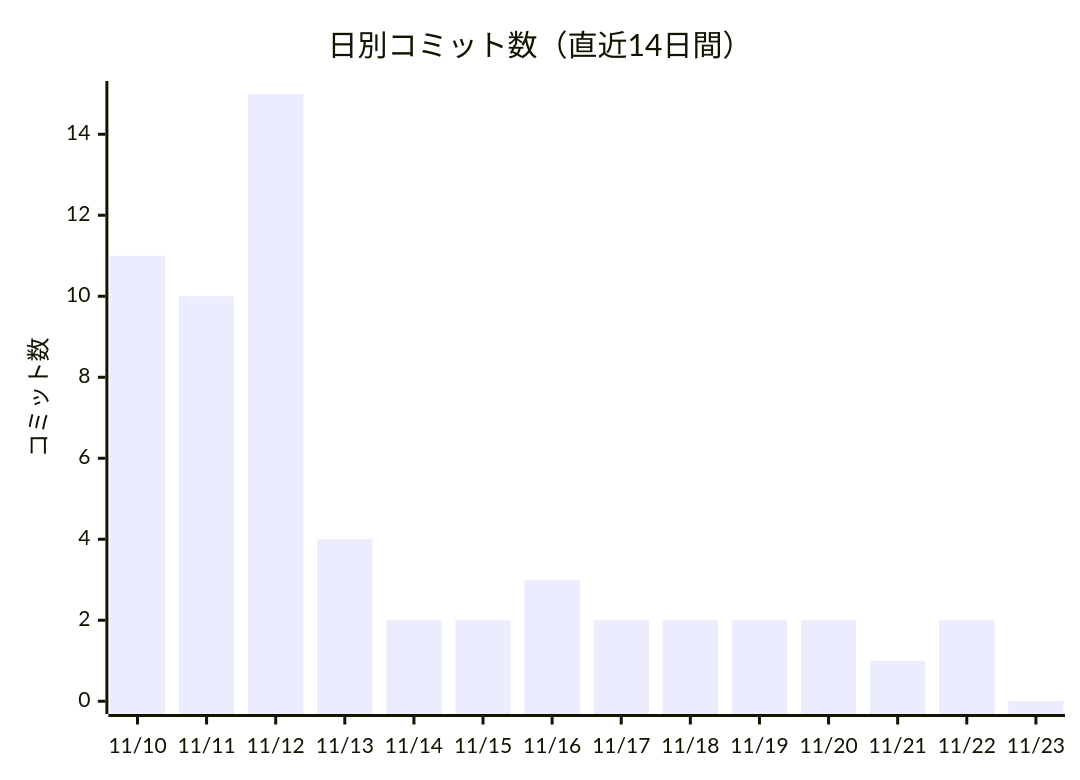
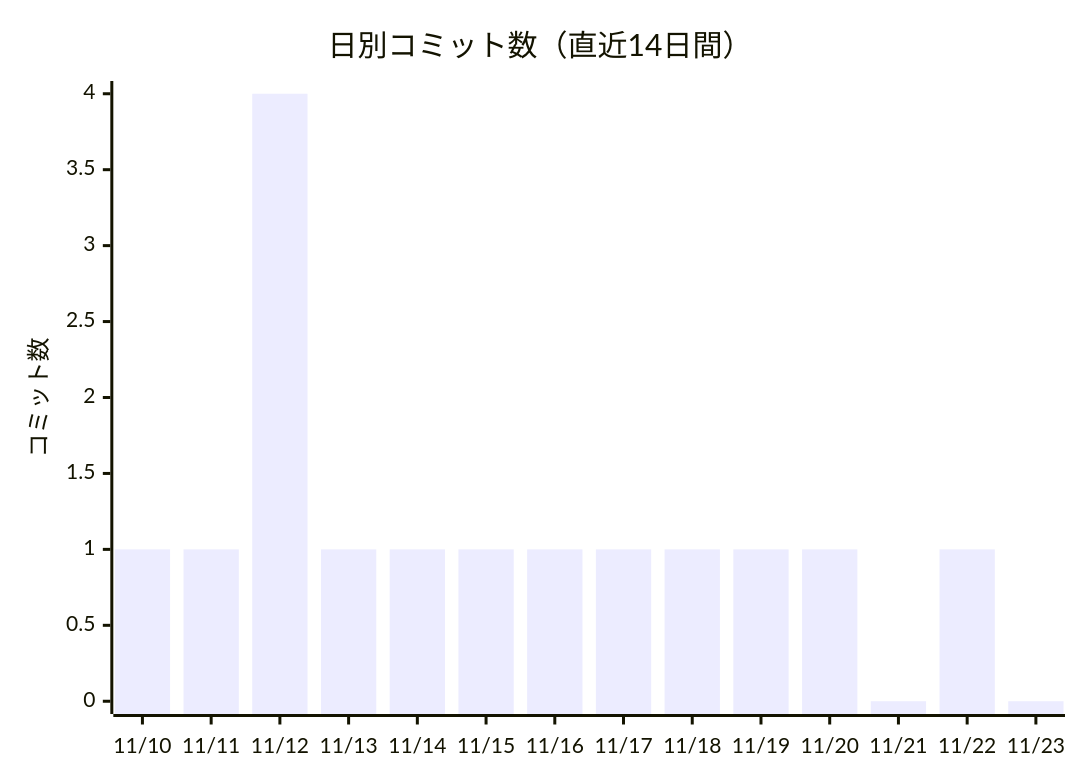
One commit to non-x2/non-x2 changed the first of 2 diagrams in docs/進化レポート.md. Above: the diagram before and after it, drawn with Mermaid. The commit also changed other lines of this file and 1 other file, not shown here.

````diff
--- a/docs/進化レポート.md
+++ b/docs/進化レポート.md
@@ -25,7 +25,7 @@
 ```mermaid
 xychart-beta
     title "日別コミット数（直近14日間）"
     x-axis ["11/10", "11/11", "11/12", "11/13", "11/14", "11/15", "11/16", "11/17", "11/18", "11/19", "11/20", "11/21", "11/22", "11/23"]
     y-axis "コミット数"
-    bar [11, 10, 15, 4, 2, 2, 3, 2, 2, 2, 2, 1, 2, 0]
+    bar [1, 1, 4, 1, 1, 1, 1, 1, 1, 1, 1, 0, 1, 0]
 ```
````
